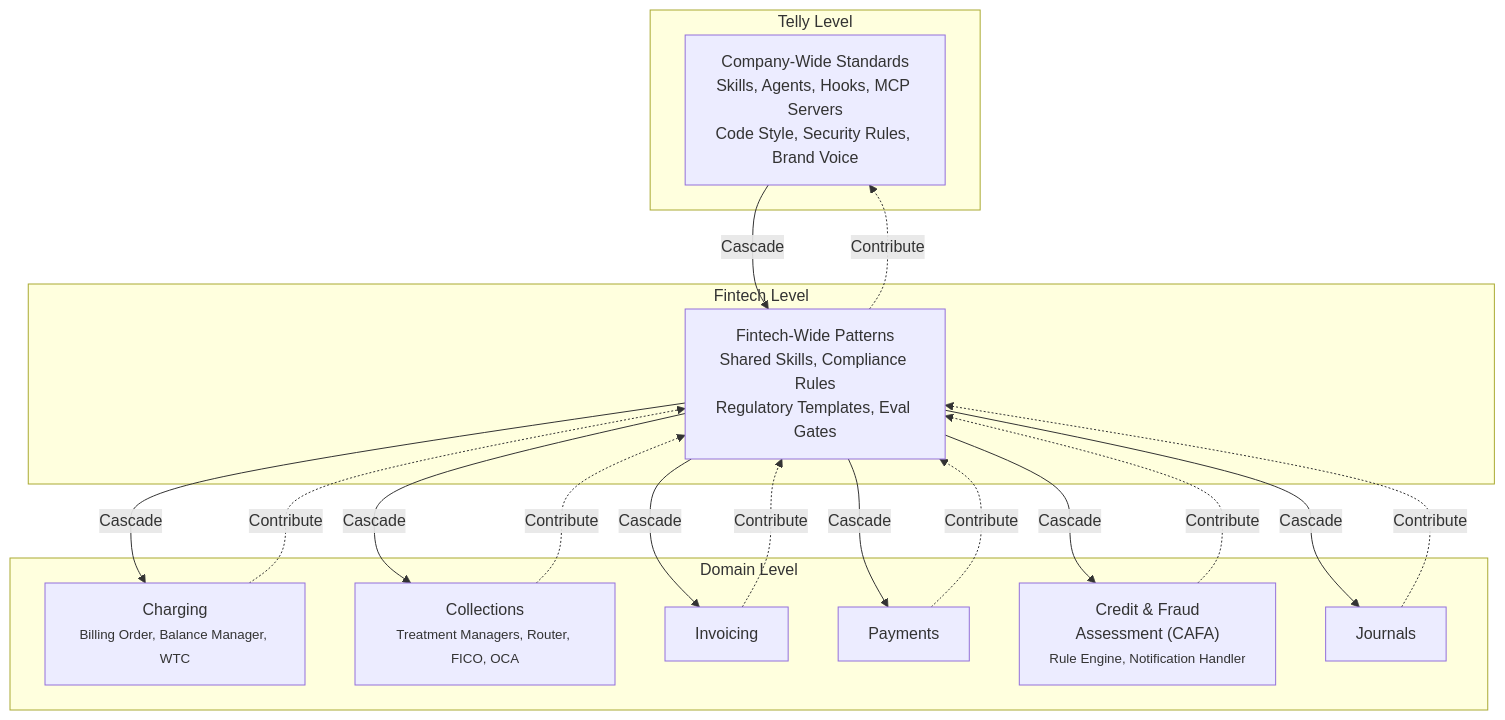
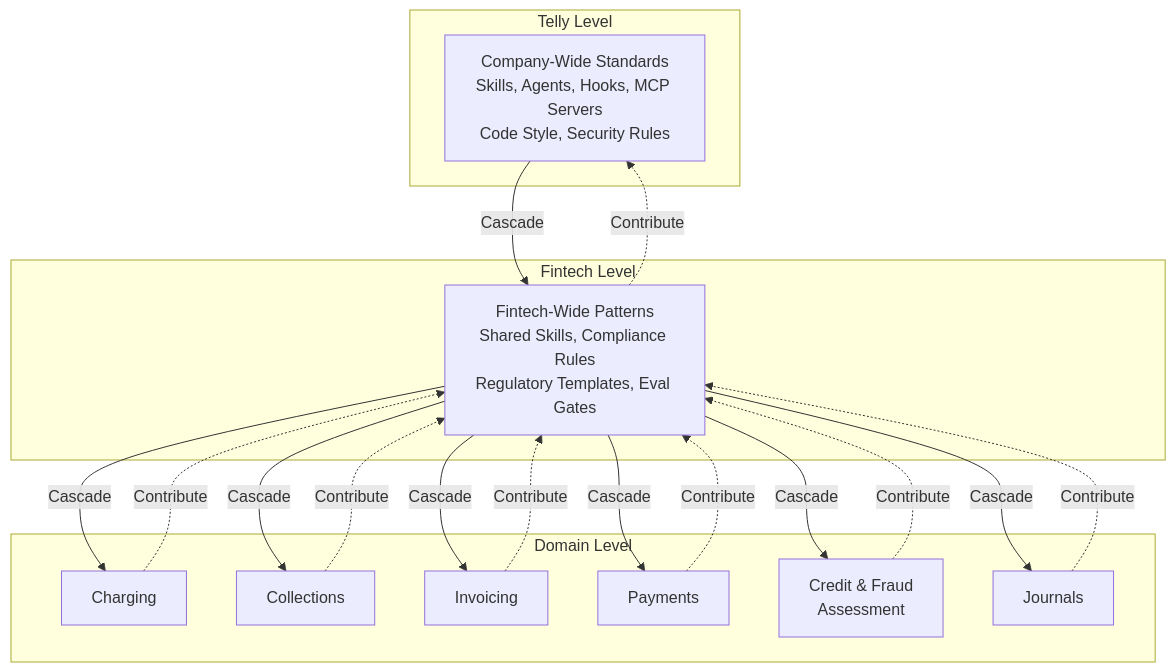
Before and after one commit to welldesignedsystem/welldesignedsystem.github.io: the first of 3 diagrams in content/english/blog/business-ideas/context-engineering-telly.md, drawn with Mermaid. The commit also changed other lines of this file, not shown here.

````diff
--- a/content/english/blog/business-ideas/context-engineering-telly.md
+++ b/content/english/blog/business-ideas/context-engineering-telly.md
@@ -266,35 +266,35 @@
 ```mermaid
 graph TB
     subgraph TELLY["Telly Level"]
-        A["Company-Wide Standards<br/>Skills, Agents, Hooks, MCP Servers<br/>Code Style, Security Rules, Brand Voice"]
+        A["Company-Wide Standards<br/>Skills, Agents, Hooks, MCP Servers<br/>Code Style, Security Rules"]
     end
     
     subgraph FINTECH["Fintech Level"]
         B["Fintech-Wide Patterns<br/>Shared Skills, Compliance Rules<br/>Regulatory Templates, Eval Gates"]
     end
     
     subgraph DOMAIN["Domain Level"]
-        C1["Charging<br/><small>Billing Order, Balance Manager, WTC</small>"]
-        C2["Collections<br/><small>Treatment Managers, Router, FICO, OCA</small>"]
+        C1["Charging"]
+        C2["Collections"]
         C3["Invoicing"]
         C4["Payments"]
-        C5["Credit & Fraud<br/>Assessment (CAFA)<br/><small>Rule Engine, Notification Handler</small>"]
+        C5["Credit & Fraud<br/>Assessment"]
         C6["Journals"]
     end
     
     A -->|"Cascade"| B
     B -.->|"Contribute"| A
     B -->|"Cascade"| C1
     B -->|"Cascade"| C2
     B -->|"Cascade"| C3
     B -->|"Cascade"| C4
     B -->|"Cascade"| C5
     B -->|"Cascade"| C6
     
     C1 -.->|"Contribute"| B
     C2 -.->|"Contribute"| B
     C3 -.->|"Contribute"| B
     C4 -.->|"Contribute"| B
     C5 -.->|"Contribute"| B
     C6 -.->|"Contribute"| B
 ```
````
